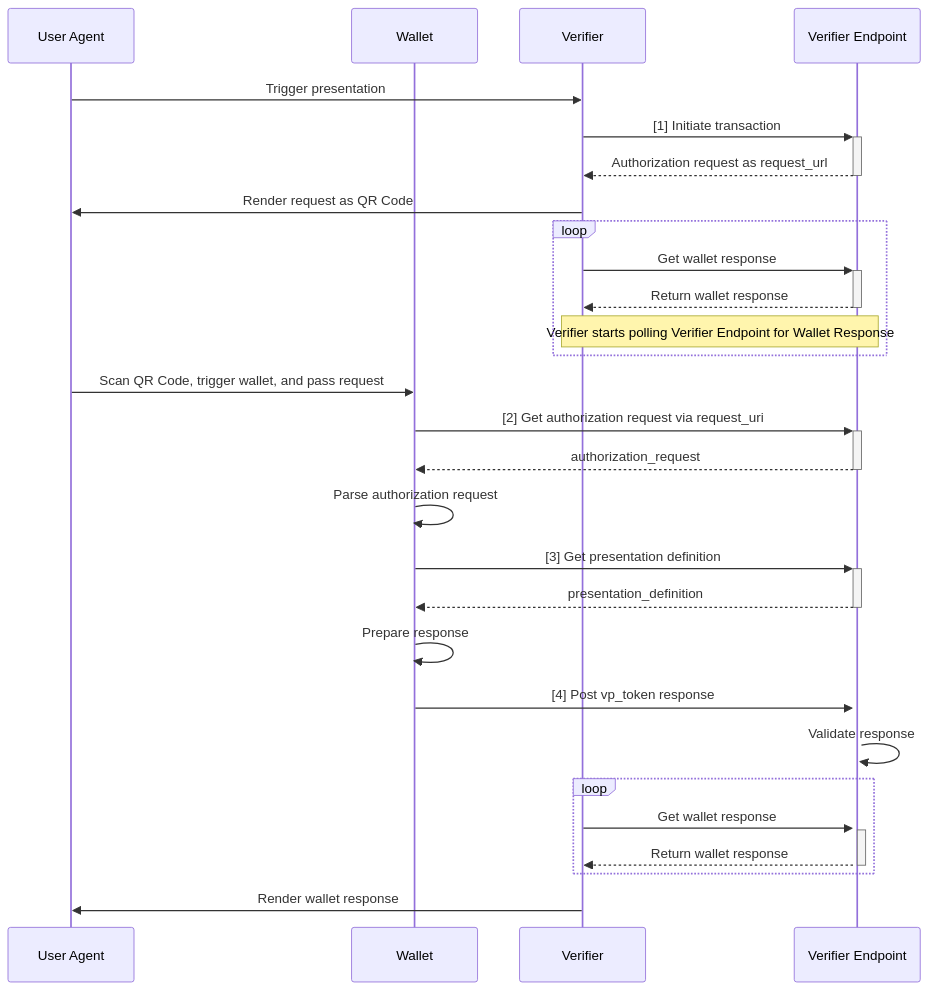
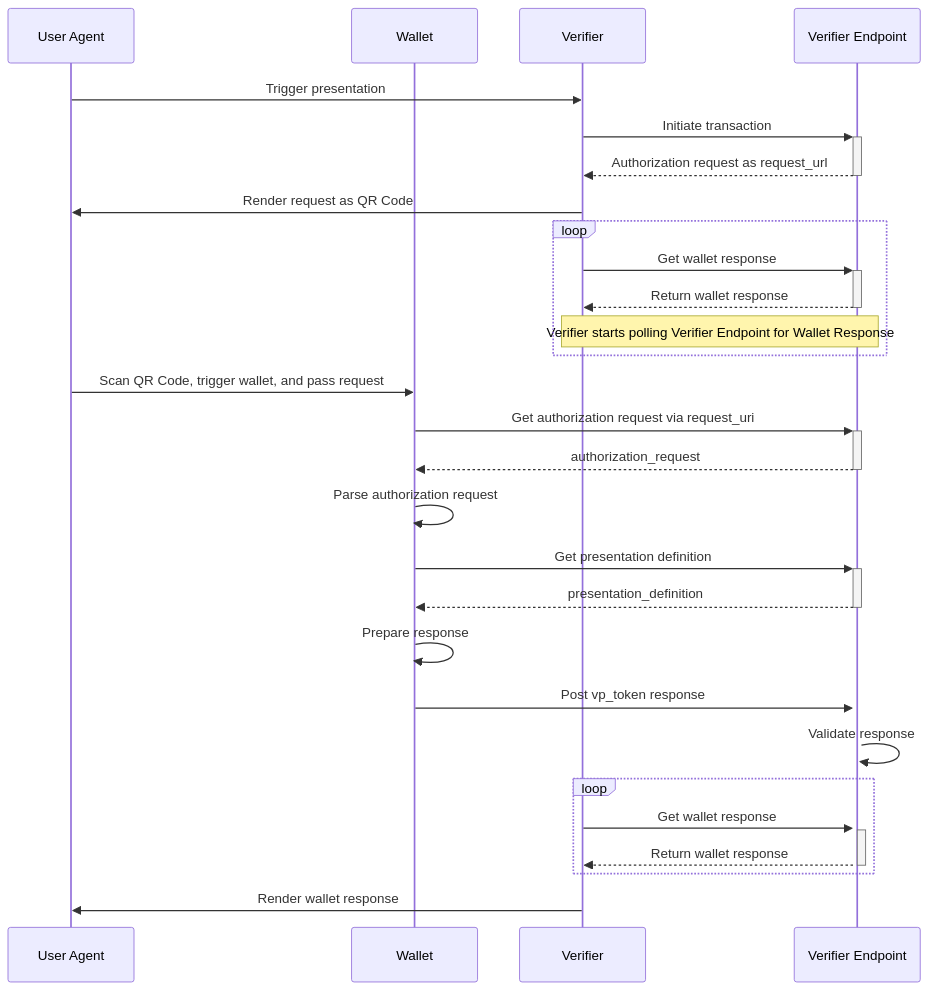
The second of 2 diagrams in README.md (eu-digital-identity-wallet/eudi-srv-web-verifier-endpoint-23220-4-kt), drawn with Mermaid before and after one commit. The commit also changed other lines of this file, not shown here.

Commit message:
Remove numbers from sequence diagrams.

````diff
--- a/README.md
+++ b/README.md
@@ -108,41 +108,41 @@
 ```mermaid
 sequenceDiagram    
     participant UA as User Agent
     participant W as Wallet
     participant V as Verifier
     participant VE as Verifier Endpoint
     UA->>V: Trigger presentation 
     
-    V->>+VE: [1]    Initiate transaction
+    V->>+VE:  Initiate transaction
     VE-->>-V: Authorization request as request_url
     
     V->>UA: Render request as QR Code
 
     loop
     V->>+VE: Get wallet response
     VE-->>-V: Return wallet response
     Note over V,VE: Verifier starts polling Verifier Endpoint for Wallet Response
     end
 
     UA->>W: Scan QR Code, trigger wallet, and pass request
     
-    W->>+VE: [2] Get authorization request via request_uri 
+    W->>+VE: Get authorization request via request_uri 
     VE-->>-W: authorization_request
     
     W->>W: Parse authorization request
     
-    W->>+VE: [3] Get presentation definition 
+    W->>+VE: Get presentation definition 
     VE-->>-W: presentation_definition
     
     W->>W: Prepare response     
     
-    W->>+VE: [4] Post vp_token response 
+    W->>+VE: Post vp_token response 
     VE->>VE: Validate response
 
     loop
     V->>+VE: Get wallet response
     VE-->>-V: Return wallet response
     end
     
     V->>UA: Render wallet response
 ```
````
